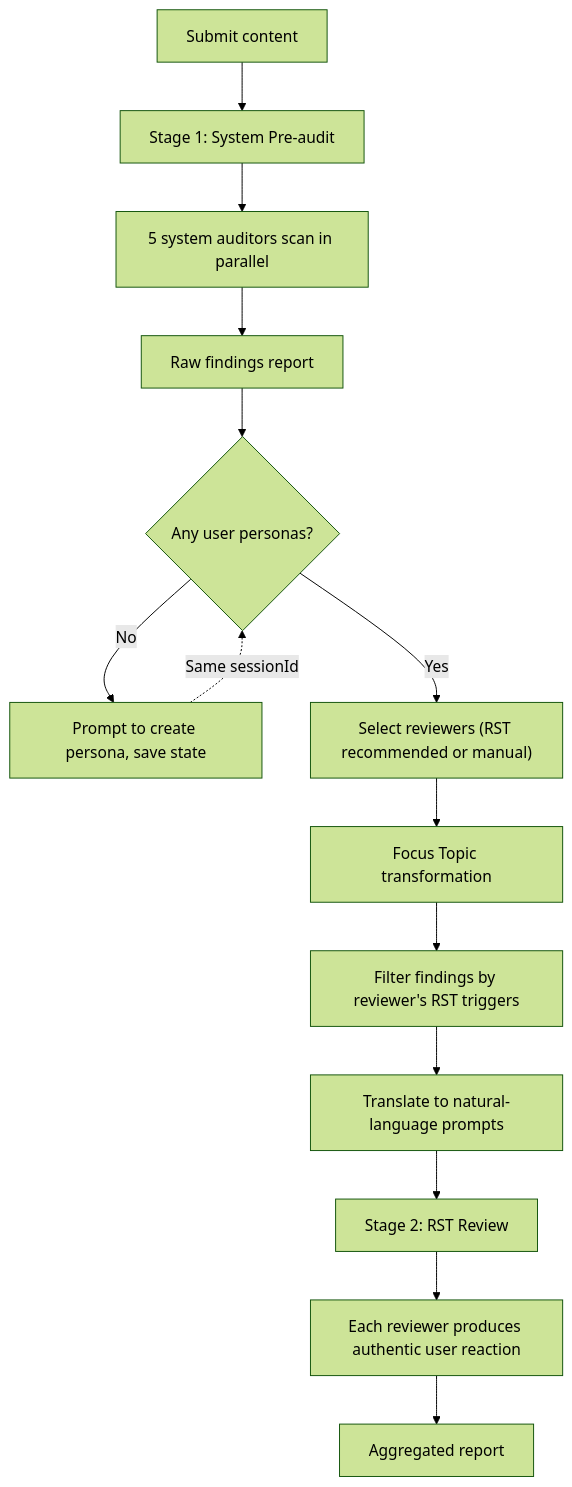
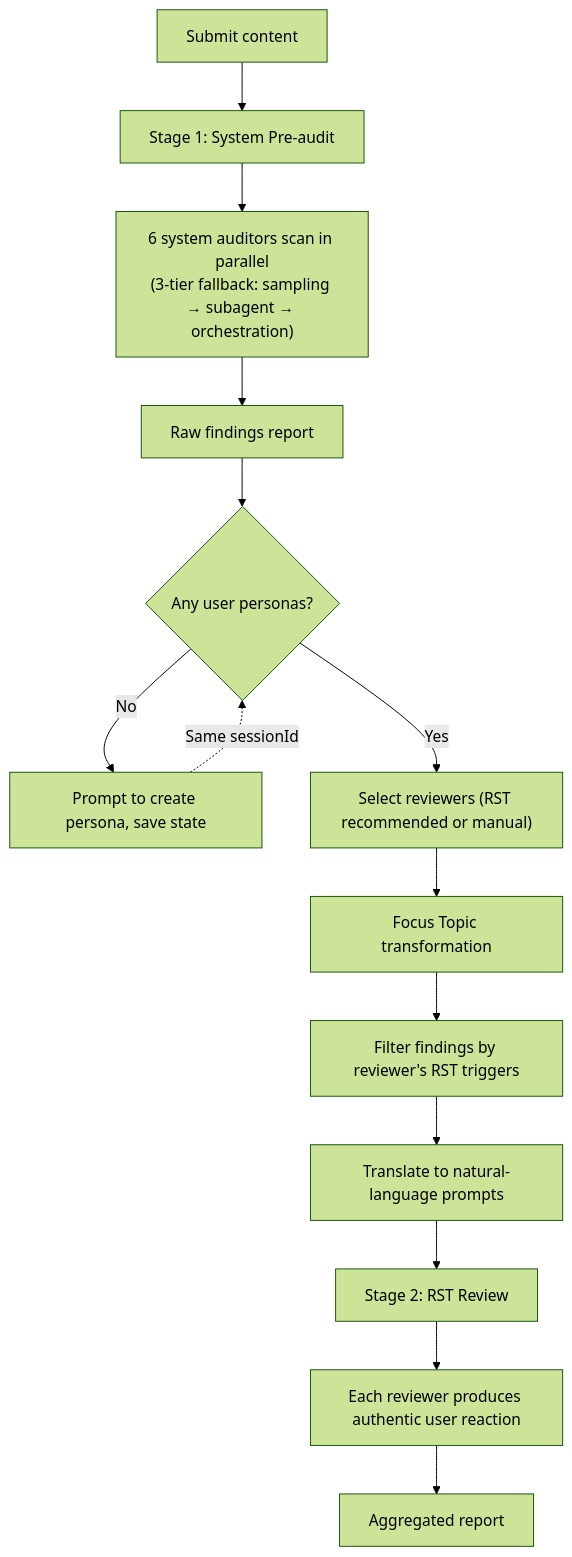
Before and after one commit to ChurzeXo/kevlar-4u: the first of 3 diagrams in README.md, drawn with Mermaid (forest theme). The commit also changed other lines of this file and 21 other files, not shown here.

````diff
--- a/README.md
+++ b/README.md
@@ -156,16 +163,16 @@
 ```mermaid
 flowchart TD
   A["Submit content"] --> B["Stage 1: System Pre-audit"]
-  B --> C["5 system auditors scan in parallel"]
+  B --> C["6 system auditors scan in parallel<br/>(3-tier fallback: sampling → subagent → orchestration)"]
   C --> D["Raw findings report"]
   D --> E{"Any user personas?"}
   E -->|No| F["Prompt to create persona, save state"]
   F -.->|"Same sessionId"| E
   E -->|Yes| G["Select reviewers (RST recommended or manual)"]
   G --> H["Focus Topic transformation"]
   H --> I["Filter findings by reviewer's RST triggers"]
   I --> J["Translate to natural-language prompts"]
   J --> K["Stage 2: RST Review"]
   K --> L["Each reviewer produces authentic user reaction"]
   L --> M["Aggregated report"]
 ```
````
